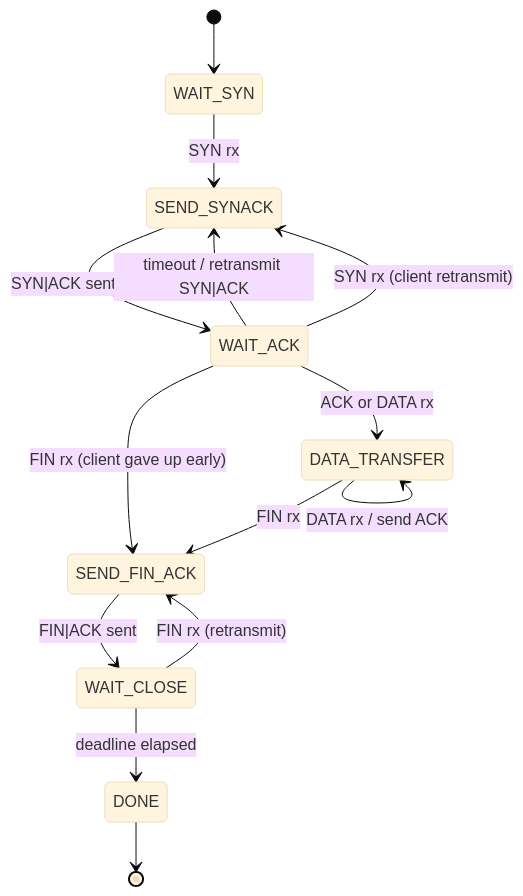
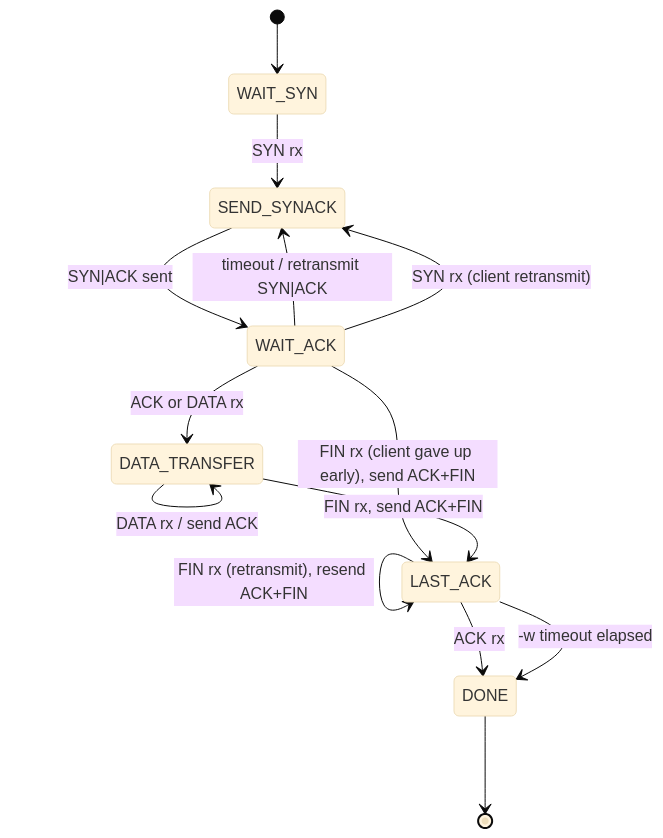
One commit to MatejSK8/reliable_udp_protocol changed the fifth of 5 diagrams in README.md. Above: the diagram before and after it, drawn with Mermaid (base theme). The commit also changed other lines of this file and 4 other files, not shown here.

````diff
--- a/README.md
+++ b/README.md
@@ -227,16 +241,17 @@
 ```mermaid
 stateDiagram-v2
     [*] --> WAIT_SYN
     WAIT_SYN --> SEND_SYNACK : SYN rx
     SEND_SYNACK --> WAIT_ACK : SYN|ACK sent
     WAIT_ACK --> SEND_SYNACK : timeout / retransmit SYN|ACK
     WAIT_ACK --> SEND_SYNACK : SYN rx (client retransmit)
     WAIT_ACK --> DATA_TRANSFER : ACK or DATA rx
-    WAIT_ACK --> SEND_FIN_ACK : FIN rx (client gave up early)
+    WAIT_ACK --> LAST_ACK : FIN rx (client gave up early), send ACK+FIN
     DATA_TRANSFER --> DATA_TRANSFER : DATA rx / send ACK
-    DATA_TRANSFER --> SEND_FIN_ACK : FIN rx
-    SEND_FIN_ACK --> WAIT_CLOSE : FIN|ACK sent
-    WAIT_CLOSE --> SEND_FIN_ACK : FIN rx (retransmit)
-    WAIT_CLOSE --> DONE : deadline elapsed
+    DATA_TRANSFER --> LAST_ACK : FIN rx, send ACK+FIN
+    LAST_ACK --> LAST_ACK : timeout / retransmit FIN
+    LAST_ACK --> LAST_ACK : FIN rx (retransmit), resend ACK+FIN
+    LAST_ACK --> DONE : ACK rx
+    LAST_ACK --> DONE : -w timeout elapsed
     DONE --> [*]
 ```
````
